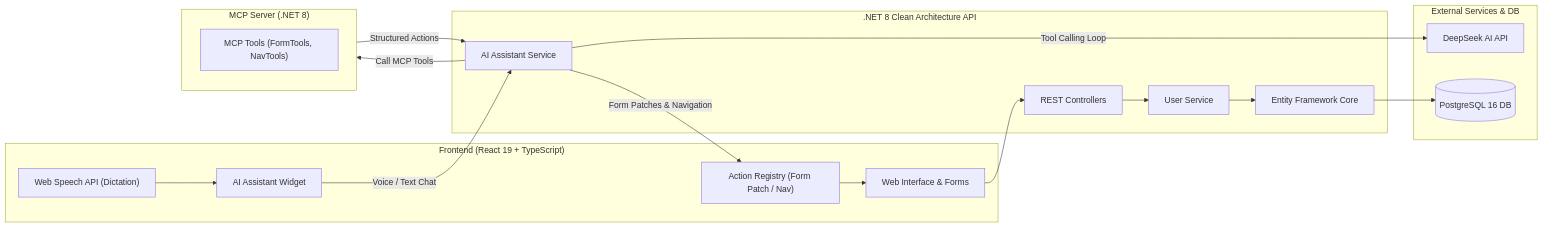
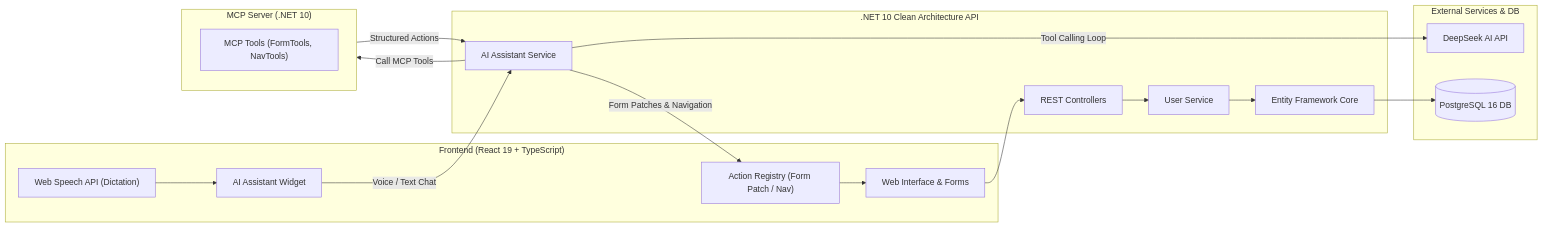
One commit to Furkan-Demircan/McpTest changed the diagram in README.md. Above: the diagram before and after it, drawn with Mermaid. The commit also changed other lines of this file and 15 other files, not shown here.

````diff
--- a/README.md
+++ b/README.md
@@ -21,37 +21,37 @@
 ```mermaid
 flowchart LR
     subgraph Client ["Frontend (React 19 + TypeScript)"]
         UI["Web Interface & Forms"]
         STT["Web Speech API (Dictation)"]
         Widget["AI Assistant Widget"]
         ActionReg["Action Registry (Form Patch / Nav)"]
     end
 
-    subgraph Backend [".NET 8 Clean Architecture API"]
+    subgraph Backend [".NET 10 Clean Architecture API"]
         API["REST Controllers"]
         AI_Svc["AI Assistant Service"]
         User_Svc["User Service"]
         EF["Entity Framework Core"]
     end
 
-    subgraph MCP_Server ["MCP Server (.NET 8)"]
+    subgraph MCP_Server ["MCP Server (.NET 10)"]
         MCP_Tools["MCP Tools (FormTools, NavTools)"]
     end
 
     subgraph External ["External Services & DB"]
         DeepSeek["DeepSeek AI API"]
         PG[("PostgreSQL 16 DB")]
     end
 
     UI --> API
     Widget -->|Voice / Text Chat| AI_Svc
     STT --> Widget
     AI_Svc -->|Tool Calling Loop| DeepSeek
     AI_Svc -->|Call MCP Tools| MCP_Server
     MCP_Server -->|Structured Actions| AI_Svc
     AI_Svc -->|Form Patches & Navigation| ActionReg
     ActionReg --> UI
     API --> User_Svc
     User_Svc --> EF
     EF --> PG
 ```
````
